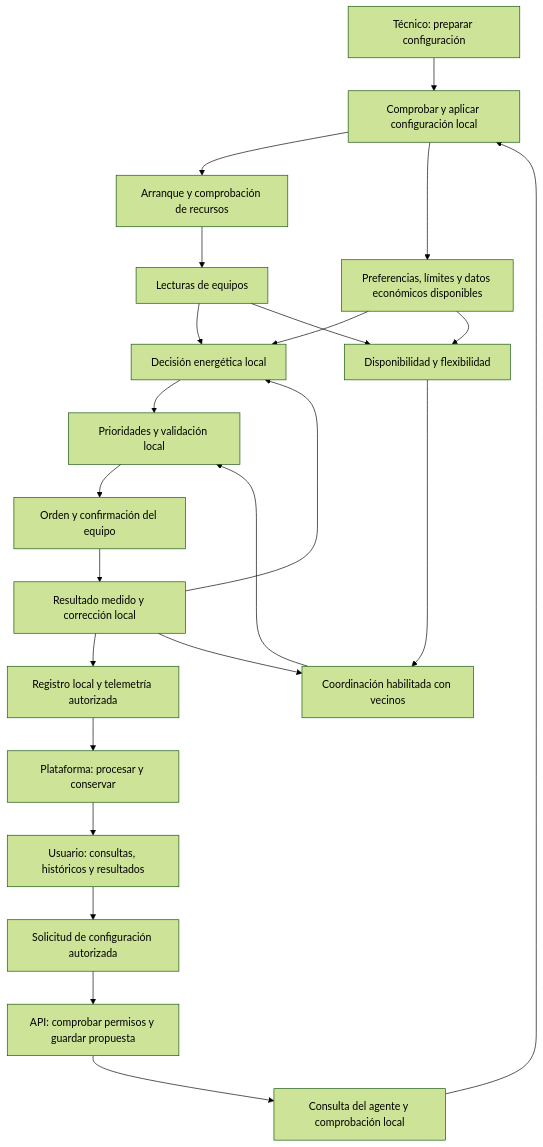
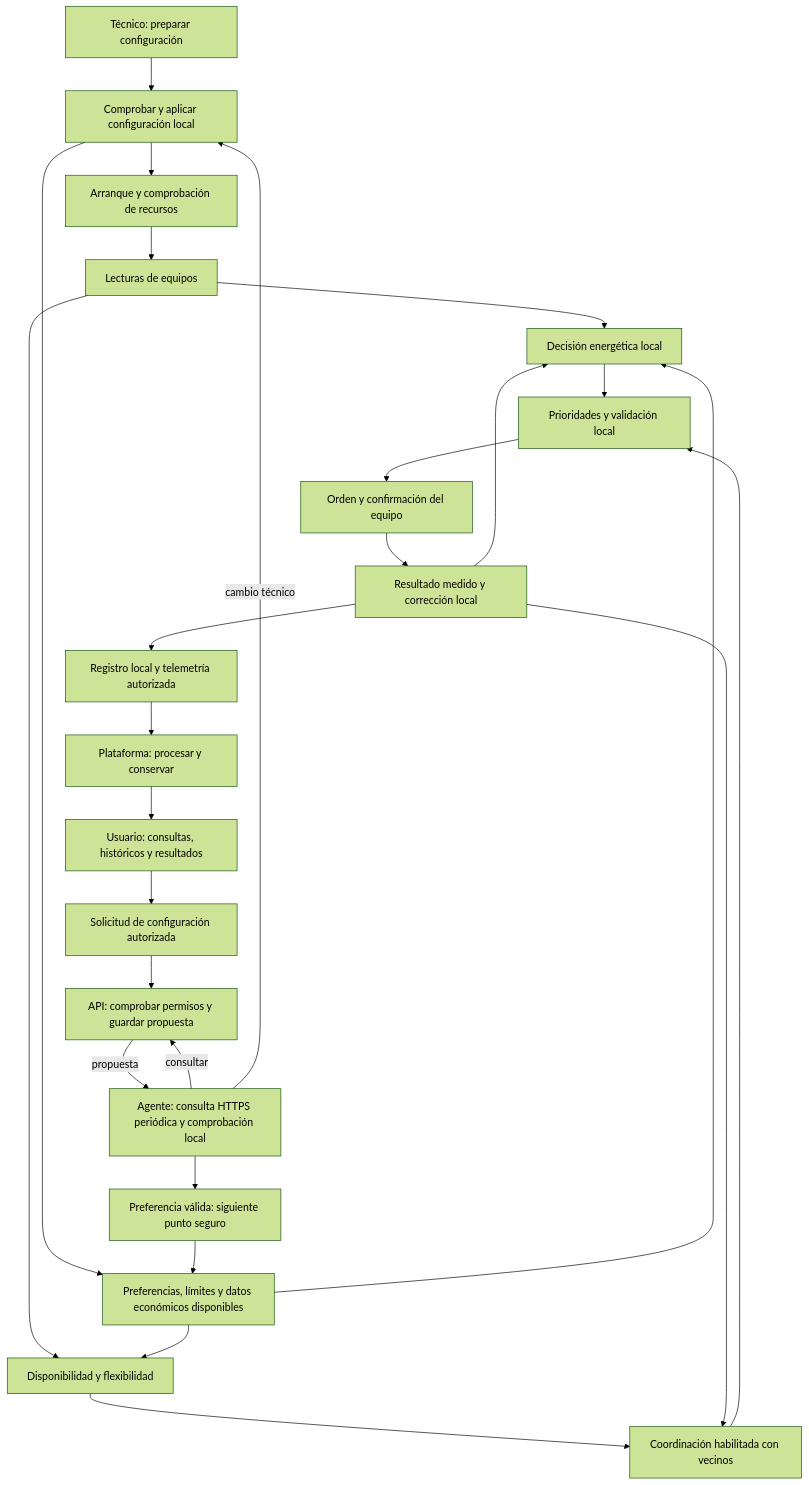
One commit to JavierV-code/MensajesE2infinity changed the diagram in docs/flujos/README.md. Above: the diagram before and after it, drawn with Mermaid (forest theme). The commit also changed other lines of this file and 8 other files, not shown here.

````diff
--- a/docs/flujos/README.md
+++ b/docs/flujos/README.md
@@ -9,27 +9,30 @@
 ```mermaid
 flowchart TD
     T["Técnico: preparar configuración"] --> C["Comprobar y aplicar configuración local"]
     C --> A["Arranque y comprobación de recursos"]
     A --> M["Lecturas de equipos"]
     C --> P["Preferencias, límites y datos económicos disponibles"]
     M --> L["Decisión energética local"]
     P --> L
     L --> V["Prioridades y validación local"]
     V --> E["Orden y confirmación del equipo"]
     E --> R["Resultado medido y corrección local"]
     R --> L
     R --> G["Registro local y telemetría autorizada"]
     G --> B["Plataforma: procesar y conservar"]
     B --> U["Usuario: consultas, históricos y resultados"]
 
     U --> S["Solicitud de configuración autorizada"]
     S --> API["API: comprobar permisos y guardar propuesta"]
-    API --> Q["Consulta del agente y comprobación local"]
-    Q --> C
+    Q["Agente: consulta HTTPS periódica y comprobación local"] -->|consultar| API
+    API -->|propuesta| Q
+    Q --> PA["Preferencia válida: siguiente punto seguro"]
+    PA --> P
+    Q -->|cambio técnico| C
 
     M --> F["Disponibilidad y flexibilidad"]
     P --> F
     F --> N["Coordinación habilitada con vecinos"]
     N --> V
     R --> N
 ```
````
